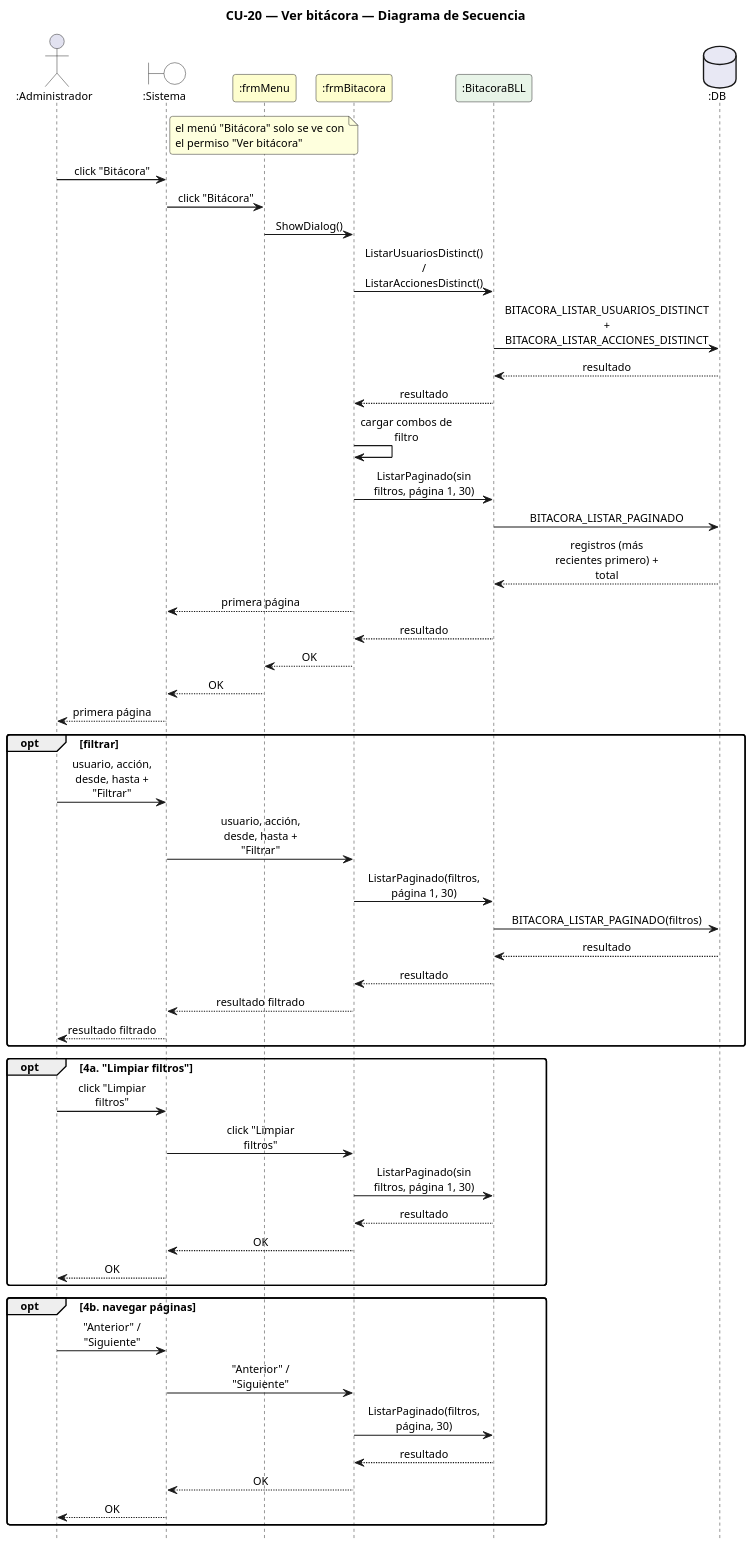
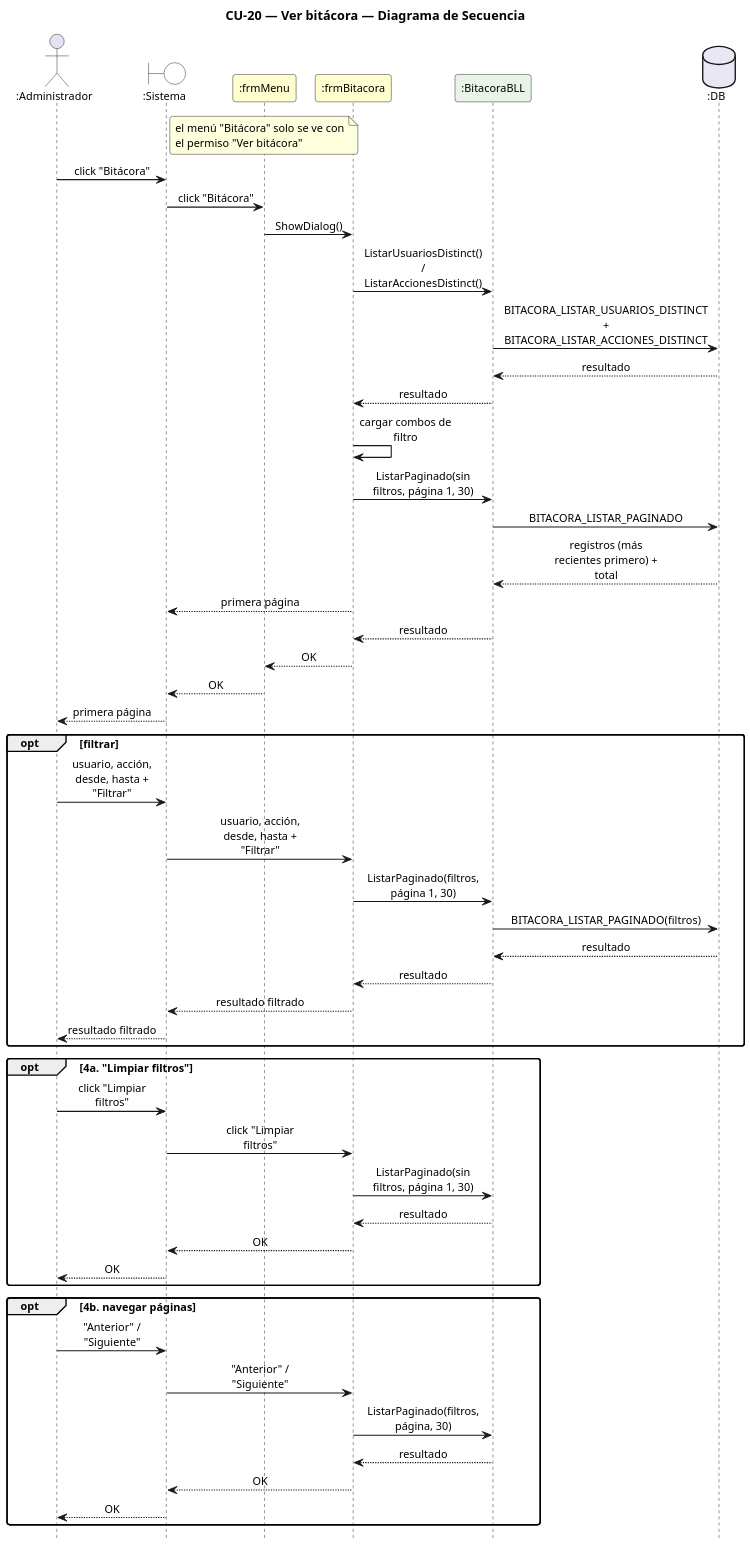
Before and after one commit to Urrels/ingenieria_software: the diagram in DIAGRAMAS/DiagramaSecuencia_CU20_VerBitacora.puml, drawn with PlantUML. The commit also changed 91 other files, not shown here.

Commit message:
Regenerar los diagramas sin el aviso de PlantUML (sin ParticipantPadding/BoxPadding)

```diff
--- a/DIAGRAMAS/DiagramaSecuencia_CU20_VerBitacora.puml
+++ b/DIAGRAMAS/DiagramaSecuencia_CU20_VerBitacora.puml
@@ -1,67 +1,65 @@
 @startuml DiagramaSecuencia_CU20_VerBitacora
 
 title CU-20 — Ver bitácora — Diagrama de Secuencia
 
 skinparam shadowing false
 skinparam roundcorner 6
 skinparam sequenceArrowThickness 1.2
-skinparam ParticipantPadding 6
-skinparam BoxPadding 4
 skinparam maxMessageSize 115
 skinparam sequenceMessageAlign center
 skinparam defaultFontSize 12
 skinparam dpi 140
 hide footbox
 
 actor ":Administrador" as A
 boundary ":Sistema" as SYS #FFFFFF
 participant ":frmMenu" as M #FEFECE
 participant ":frmBitacora" as F #FEFECE
 participant ":BitacoraBLL" as B #E8F4E8
 database ":DB" as DB #E8E8F4
 
 note over M : el menú "Bitácora" solo se ve con\nel permiso "Ver bitácora"
 A -> SYS : click "Bitácora"
 SYS -> M : click "Bitácora"
 M -> F : ShowDialog()
 F -> B : ListarUsuariosDistinct() / ListarAccionesDistinct()
 B -> DB : BITACORA_LISTAR_USUARIOS_DISTINCT\n+ BITACORA_LISTAR_ACCIONES_DISTINCT
 DB --> B : resultado
 B --> F : resultado
 F -> F : cargar combos de filtro
 F -> B : ListarPaginado(sin filtros, página 1, 30)
 B -> DB : BITACORA_LISTAR_PAGINADO
 DB --> B : registros (más recientes primero) + total
 F --> SYS : primera página
 B --> F : resultado
 F --> M : OK
 M --> SYS : OK
 SYS --> A : primera página
 opt filtrar
   A -> SYS : usuario, acción, desde, hasta + "Filtrar"
   SYS -> F : usuario, acción, desde, hasta + "Filtrar"
   F -> B : ListarPaginado(filtros, página 1, 30)
   B -> DB : BITACORA_LISTAR_PAGINADO(filtros)
   DB --> B : resultado
   B --> F : resultado
   F --> SYS : resultado filtrado
   SYS --> A : resultado filtrado
 end
 opt 4a. "Limpiar filtros"
   A -> SYS : click "Limpiar filtros"
   SYS -> F : click "Limpiar filtros"
   F -> B : ListarPaginado(sin filtros, página 1, 30)
   B --> F : resultado
   F --> SYS : OK
   SYS --> A : OK
 end
 opt 4b. navegar páginas
   A -> SYS : "Anterior" / "Siguiente"
   SYS -> F : "Anterior" / "Siguiente"
   F -> B : ListarPaginado(filtros, página, 30)
   B --> F : resultado
   F --> SYS : OK
   SYS --> A : OK
 end
 
 @enduml
```
